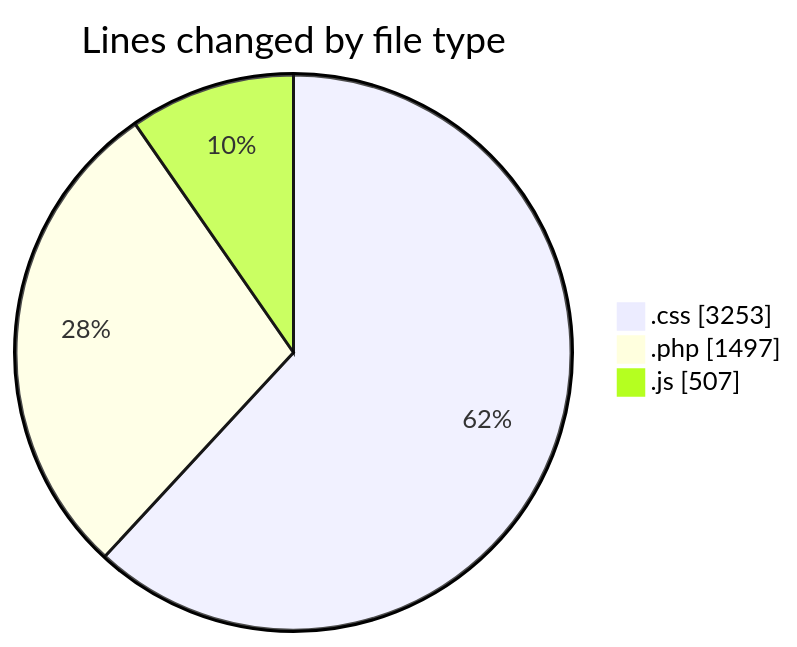
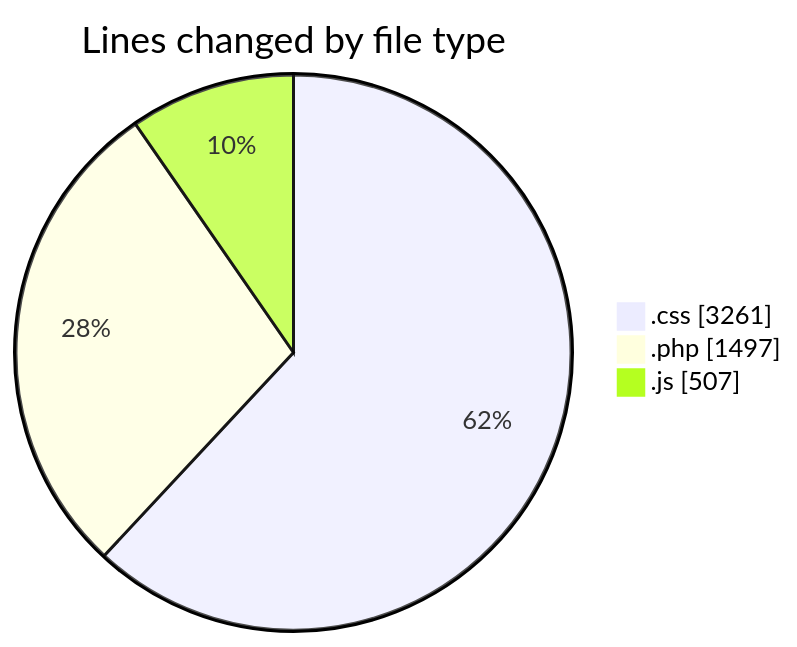
One commit to debugP/code-tracking changed the first of 2 diagrams in 2026-07-22/untitled__workspace_/README.md. Above: the diagram before and after it, drawn with Mermaid. The commit also changed other lines of this file and 1 other file, not shown here.

````diff
--- a/2026-07-22/untitled__workspace_/README.md
+++ b/2026-07-22/untitled__workspace_/README.md
@@ -23,7 +23,7 @@
 ```mermaid
 pie showData
 title Lines changed by file type
-".css" : 3253
+".css" : 3261
 ".php" : 1497
 ".js" : 507
 ```
````
